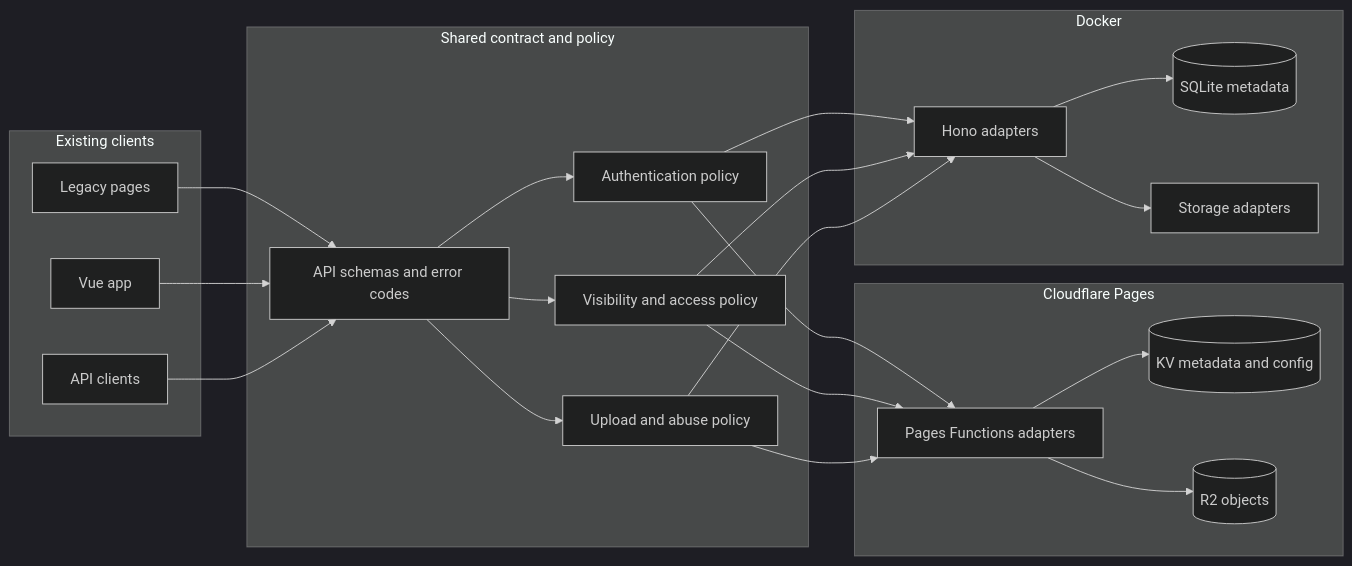
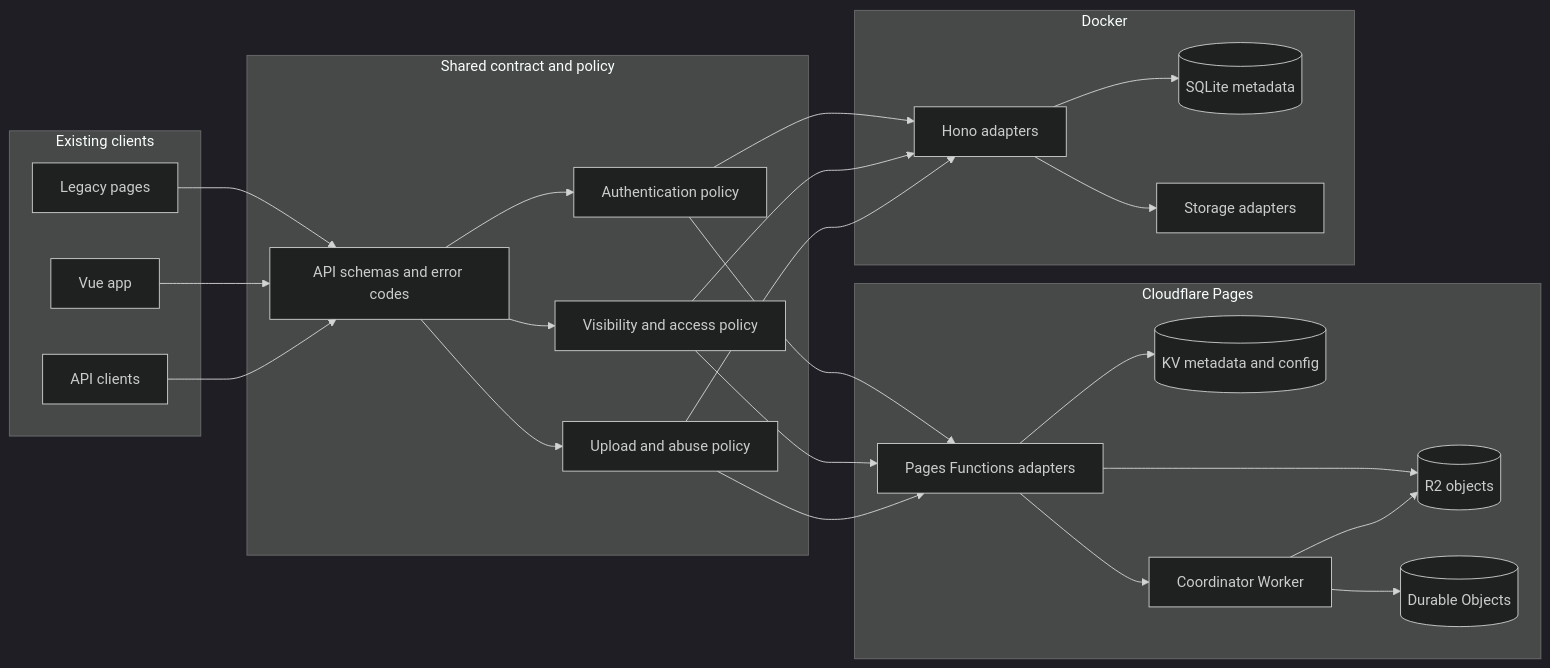
One commit to Seraph-x/Seraph-Pictures changed the first of 2 diagrams in docs/superpowers/specs/2026-07-13-security-upgrade-phase-two-design.md. Above: the diagram before and after it, drawn with Mermaid (dark theme). The commit also changed other lines of this file, not shown here.

````diff
--- a/docs/superpowers/specs/2026-07-13-security-upgrade-phase-two-design.md
+++ b/docs/superpowers/specs/2026-07-13-security-upgrade-phase-two-design.md
@@ -32,44 +32,49 @@
 ```mermaid
 flowchart LR
   subgraph clients[Existing clients]
     legacy[Legacy pages]
     vue[Vue app]
     api_client[API clients]
   end
 
   subgraph shared[Shared contract and policy]
     contract[API schemas and error codes]
     auth_policy[Authentication policy]
     access_policy[Visibility and access policy]
     upload_policy[Upload and abuse policy]
   end
 
   subgraph cf[Cloudflare Pages]
     cf_routes[Pages Functions adapters]
     kv[(KV metadata and config)]
     r2[(R2 objects)]
+    coordinator[Coordinator Worker]
+    durable[(Durable Objects)]
   end
 
   subgraph docker[Docker]
     docker_routes[Hono adapters]
     sqlite[(SQLite metadata)]
     stores[Storage adapters]
   end
 
   legacy --> contract
   vue --> contract
   api_client --> contract
   contract --> auth_policy
   contract --> access_policy
   contract --> upload_policy
   auth_policy --> cf_routes
   access_policy --> cf_routes
   upload_policy --> cf_routes
   auth_policy --> docker_routes
   access_policy --> docker_routes
   upload_policy --> docker_routes
   cf_routes --> kv
   cf_routes --> r2
+  cf_routes --> coordinator
+  coordinator --> durable
+  coordinator --> r2
   docker_routes --> sqlite
   docker_routes --> stores
 ```
````
